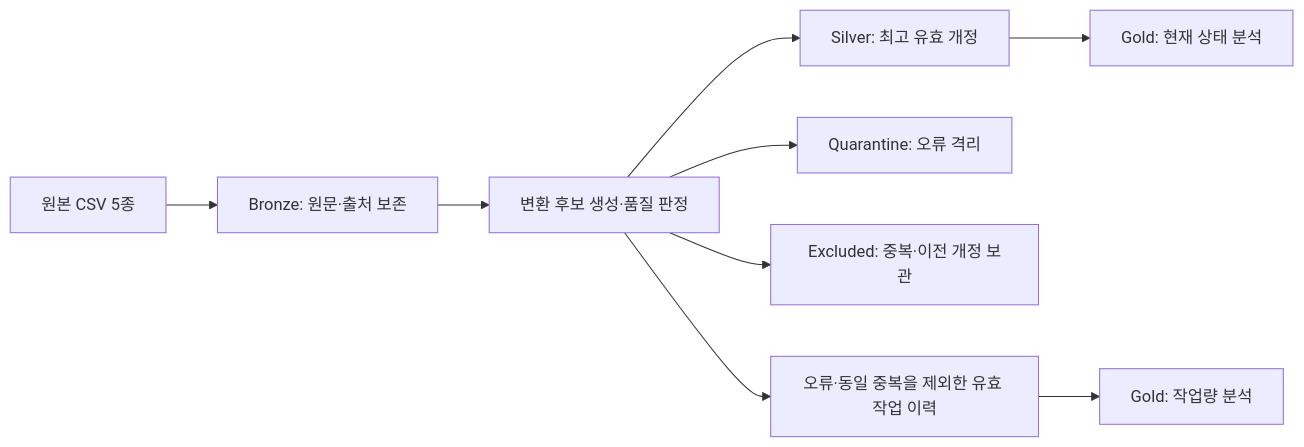
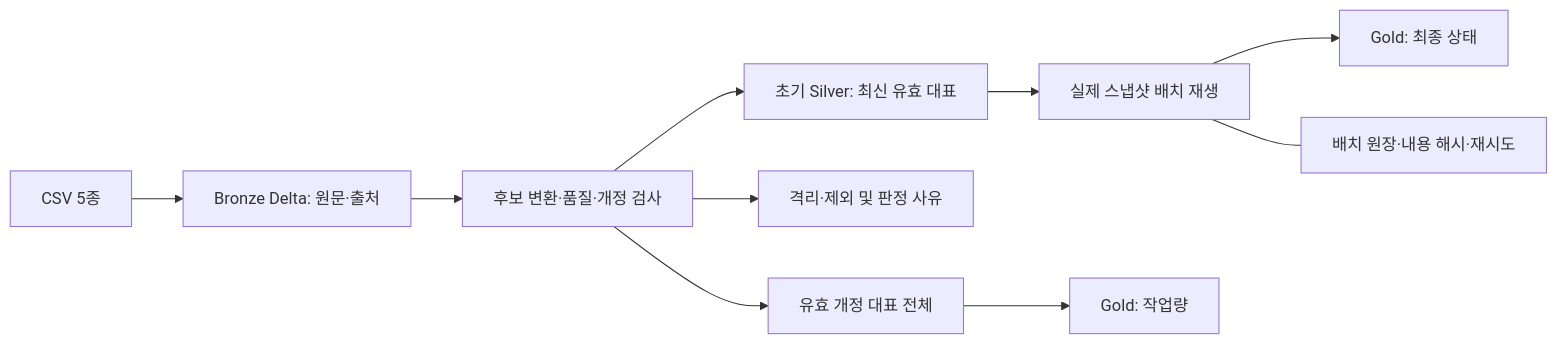
One commit to Shinkyeongho/kream-data-pipeline-portfolio changed the diagram in README.md. Above: the diagram before and after it, drawn with Mermaid. The commit also changed other lines of this file, not shown here.

Commit message:
Present team project and personal Delta Lake work

````diff
--- a/README.md
+++ b/README.md
@@ -41,11 +38,12 @@
 ```mermaid
 flowchart LR
-    A[원본 CSV 5종] --> B[Bronze: 원문·출처 보존]
-    B --> C[변환 후보 생성·품질 판정]
-    C --> D[Silver: 최고 유효 개정]
-    C --> E[Quarantine: 오류 격리]
-    C --> F[Excluded: 중복·이전 개정 보관]
-    D --> G[Gold: 현재 상태 분석]
-    C --> H[오류·동일 중복을 제외한 유효 작업 이력]
-    H --> I[Gold: 작업량 분석]
+    A["CSV 5종"] --> B["Bronze Delta: 원문·출처"]
+    B --> C["후보 변환·품질·개정 검사"]
+    C --> D["초기 Silver: 최신 유효 대표"]
+    C --> E["격리·제외 및 판정 사유"]
+    D --> F["실제 스냅샷 배치 재생"]
+    F --> G["Gold: 최종 상태"]
+    C --> H["유효 개정 대표 전체"]
+    H --> I["Gold: 작업량"]
+    F --- J["배치 원장·내용 해시·재시도"]
 ```
````
